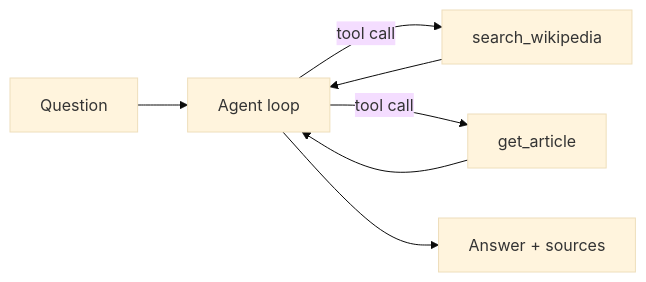
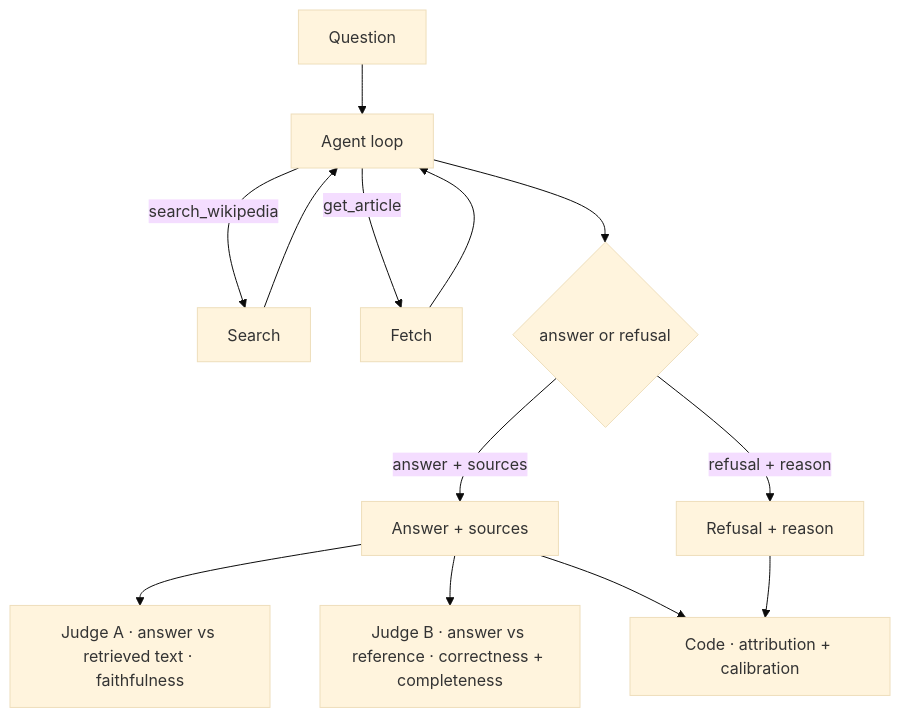
The diagram in README.md (troywsmith/wiki-qa), drawn with Mermaid (base theme) before and after one commit. The commit also changed other lines of this file, not shown here.

First line of the commit message:
docs: encode grading + answer-style + injection + protocol contract in README

````diff
--- a/README.md
+++ b/README.md
@@ -38,9 +38,15 @@
 ```mermaid
-flowchart LR
-    Q[Question] --> A[Agent loop]
-    A -->|tool call| S[search_wikipedia]
-    A -->|tool call| G[get_article]
-    S --> A
-    G --> A
-    A --> R[Answer + sources]
+flowchart TB
+    Q[Question] --> AL[Agent loop]
+    AL -->|search_wikipedia| S[Search]
+    AL -->|get_article| G[Fetch]
+    S --> AL
+    G --> AL
+    AL --> OUT{answer or refusal}
+    OUT -->|answer + sources| ANS[Answer + sources]
+    OUT -->|refusal + reason| REF[Refusal + reason]
+    ANS --> JA["Judge A · answer vs retrieved text · faithfulness"]
+    ANS --> JB["Judge B · answer vs reference · correctness + completeness"]
+    ANS --> CC["Code · attribution + calibration"]
+    REF --> CC
 ```
````
